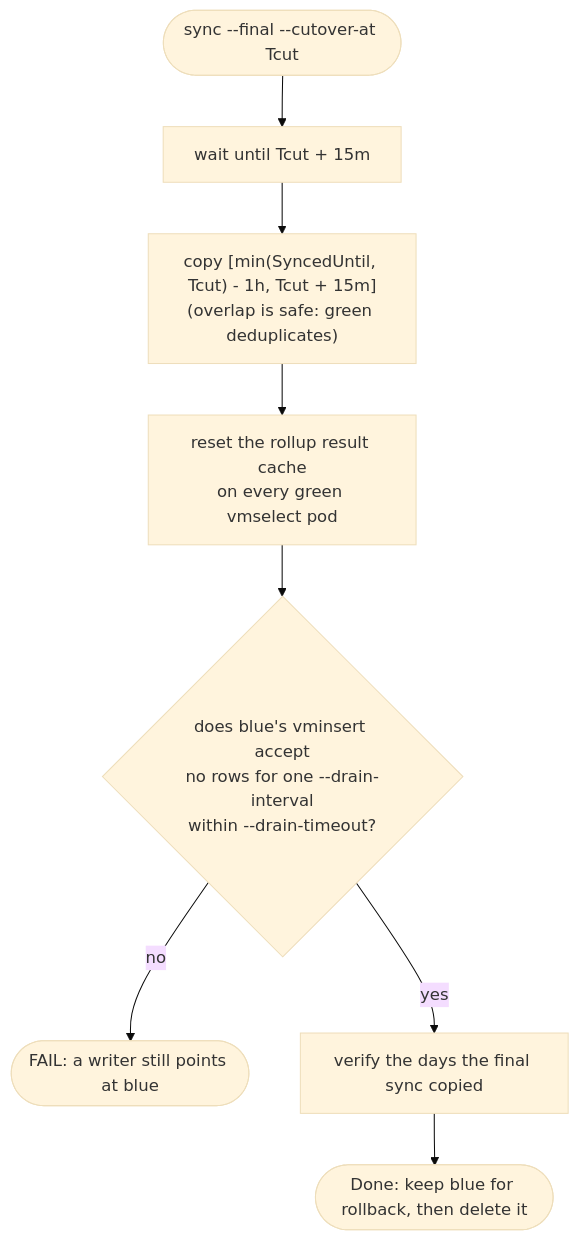
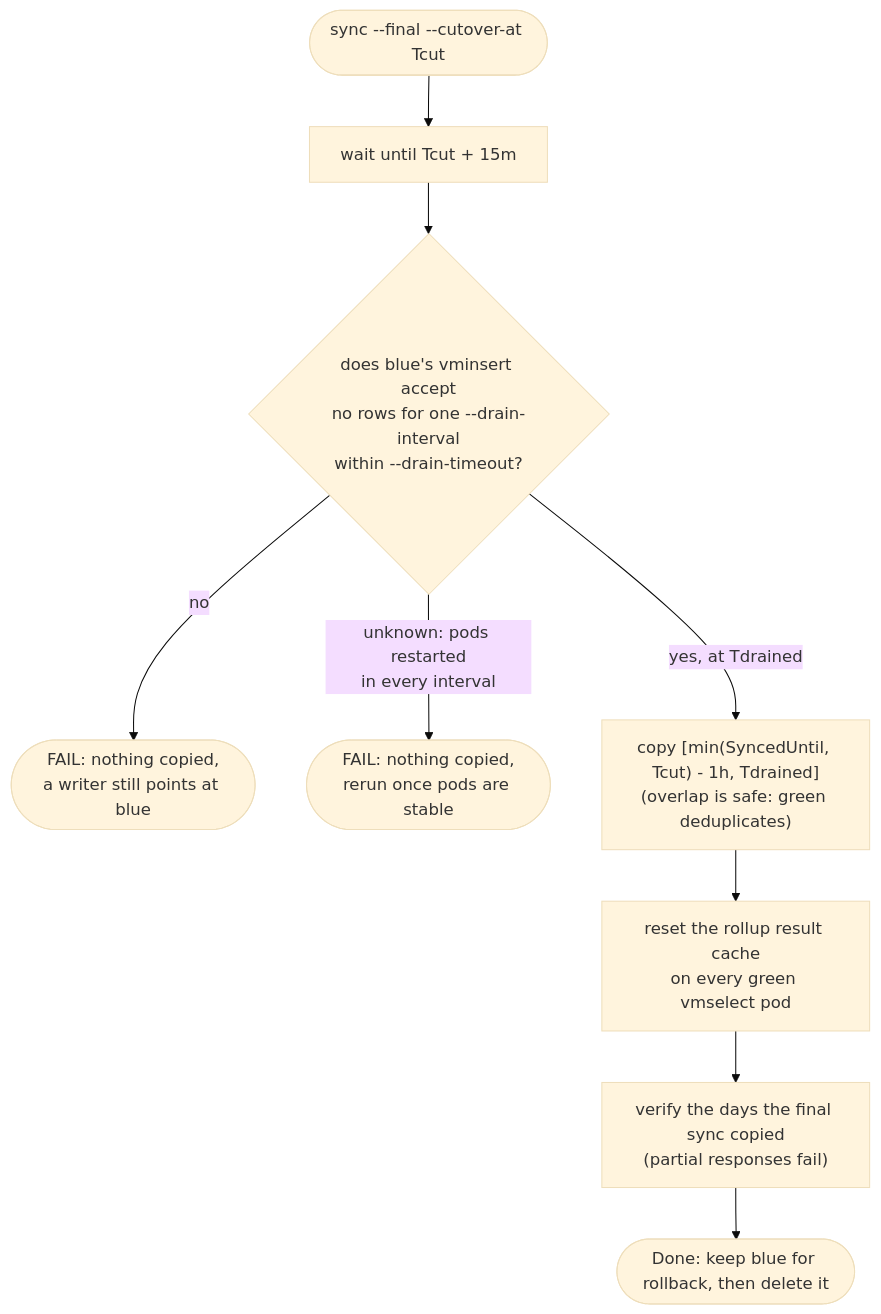
Before and after one commit to kokuwaio/victoriametrics-rebalance: the fourth of 5 diagrams in docs/architecture.md, drawn with Mermaid (base theme). The commit also changed other lines of this file and 21 other files, not shown here.

First line of the commit message:
fix: drain blue before the final copy and harden checks

````diff
--- a/docs/architecture.md
+++ b/docs/architecture.md
@@ -175,10 +178,11 @@
 ```mermaid
 flowchart TD
     start(["sync --final --cutover-at Tcut"]) --> wait["wait until Tcut + 15m"]
-    wait --> copy["copy [min(SyncedUntil, Tcut) - 1h, Tcut + 15m]<br/>(overlap is safe: green deduplicates)"]
+    wait --> drain{"does blue's vminsert accept<br/>no rows for one --drain-interval<br/>within --drain-timeout?"}
+    drain -- "no" --> fail(["FAIL: nothing copied,<br/>a writer still points at blue"])
+    drain -- "unknown: pods restarted<br/>in every interval" --> unknown(["FAIL: nothing copied,<br/>rerun once pods are stable"])
+    drain -- "yes, at Tdrained" --> copy["copy [min(SyncedUntil, Tcut) - 1h, Tdrained]<br/>(overlap is safe: green deduplicates)"]
     copy --> reset["reset the rollup result cache<br/>on every green vmselect pod"]
-    reset --> drain{"does blue's vminsert accept<br/>no rows for one --drain-interval<br/>within --drain-timeout?"}
-    drain -- "no" --> fail(["FAIL: a writer still points at blue"])
-    drain -- "yes" --> verify["verify the days the final sync copied"]
+    reset --> verify["verify the days the final sync copied<br/>(partial responses fail)"]
     verify --> ok(["Done: keep blue for rollback, then delete it"])
 ```
````
